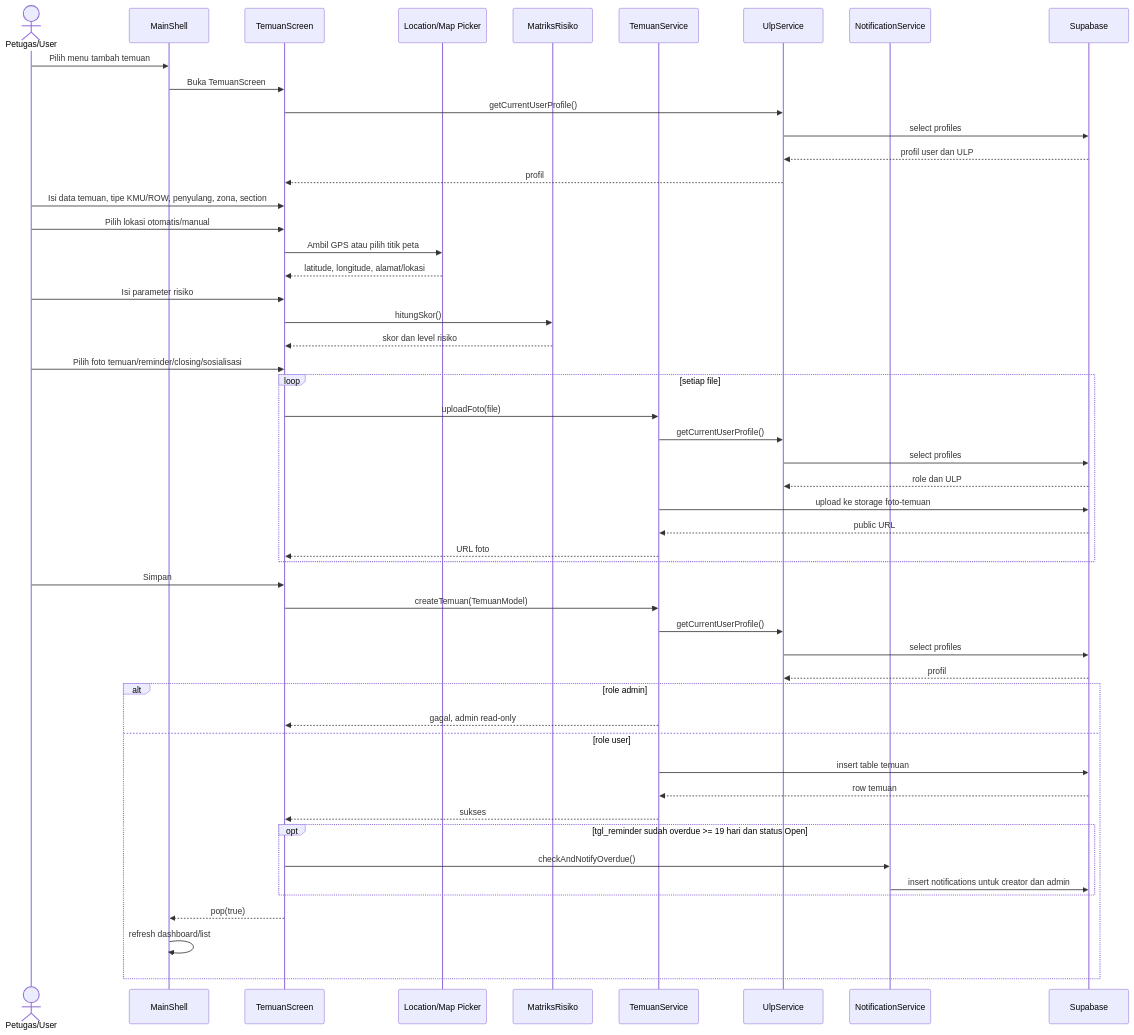
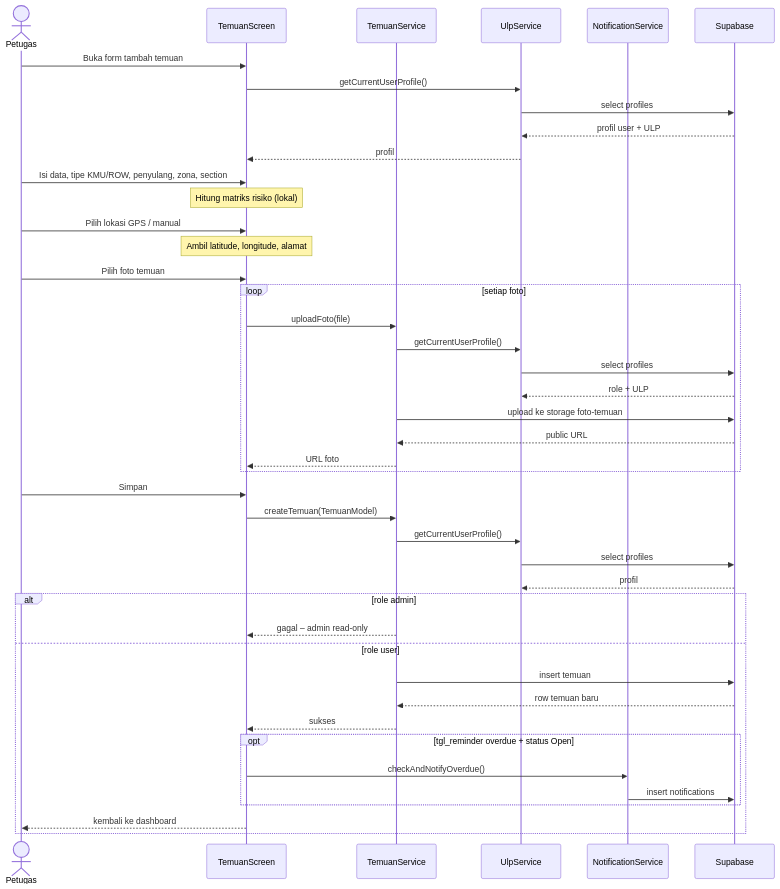
The fourth of 10 diagrams in docs/skripsi/diagram-uml.md (aarif29/elsafe), drawn with Mermaid before and after one commit. The commit also changed other lines of this file and 59 other files, not shown here.

First line of the commit message:
docs: perbarui diagram UML, output graphify, dan konfigurasi tool

````diff
--- a/docs/skripsi/diagram-uml.md
+++ b/docs/skripsi/diagram-uml.md
@@ -379,58 +274,49 @@
 ```mermaid
 sequenceDiagram
-  actor User as Petugas/User
-  participant MainShell
+  actor User as Petugas
   participant Form as TemuanScreen
-  participant Lokasi as Location/Map Picker
-  participant Risiko as MatriksRisiko
   participant TS as TemuanService
   participant US as UlpService
   participant NS as NotificationService
   participant SB as Supabase
 
-  User->>MainShell: Pilih menu tambah temuan
-  MainShell->>Form: Buka TemuanScreen
+  User->>Form: Buka form tambah temuan
   Form->>US: getCurrentUserProfile()
   US->>SB: select profiles
-  SB-->>US: profil user dan ULP
+  SB-->>US: profil user + ULP
   US-->>Form: profil
 
-  User->>Form: Isi data temuan, tipe KMU/ROW, penyulang, zona, section
-  User->>Form: Pilih lokasi otomatis/manual
-  Form->>Lokasi: Ambil GPS atau pilih titik peta
-  Lokasi-->>Form: latitude, longitude, alamat/lokasi
+  User->>Form: Isi data, tipe KMU/ROW, penyulang, zona, section
+  Note over Form: Hitung matriks risiko (lokal)
+  User->>Form: Pilih lokasi GPS / manual
+  Note over Form: Ambil latitude, longitude, alamat
 
-  User->>Form: Isi parameter risiko
-  Form->>Risiko: hitungSkor()
-  Risiko-->>Form: skor dan level risiko
-
-  User->>Form: Pilih foto temuan/reminder/closing/sosialisasi
-  loop setiap file
+  User->>Form: Pilih foto temuan
+  loop setiap foto
     Form->>TS: uploadFoto(file)
     TS->>US: getCurrentUserProfile()
     US->>SB: select profiles
-    SB-->>US: role dan ULP
+    SB-->>US: role + ULP
     TS->>SB: upload ke storage foto-temuan
     SB-->>TS: public URL
     TS-->>Form: URL foto
   end
 
   User->>Form: Simpan
   Form->>TS: createTemuan(TemuanModel)
   TS->>US: getCurrentUserProfile()
   US->>SB: select profiles
   SB-->>US: profil
   alt role admin
-    TS-->>Form: gagal, admin read-only
+    TS-->>Form: gagal – admin read-only
   else role user
-    TS->>SB: insert table temuan
-    SB-->>TS: row temuan
+    TS->>SB: insert temuan
+    SB-->>TS: row temuan baru
     TS-->>Form: sukses
-    opt tgl_reminder sudah overdue >= 19 hari dan status Open
+    opt tgl_reminder overdue + status Open
       Form->>NS: checkAndNotifyOverdue()
-      NS->>SB: insert notifications untuk creator dan admin
+      NS->>SB: insert notifications
     end
-    Form-->>MainShell: pop(true)
-    MainShell->>MainShell: refresh dashboard/list
+    Form-->>User: kembali ke dashboard
   end
 ```
````
